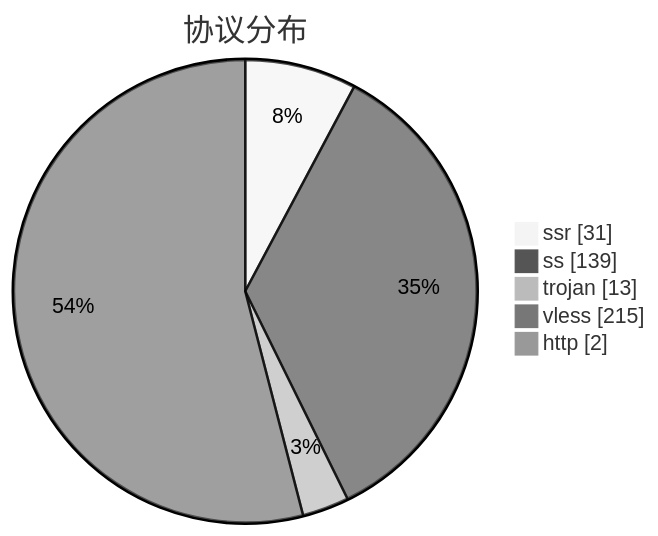
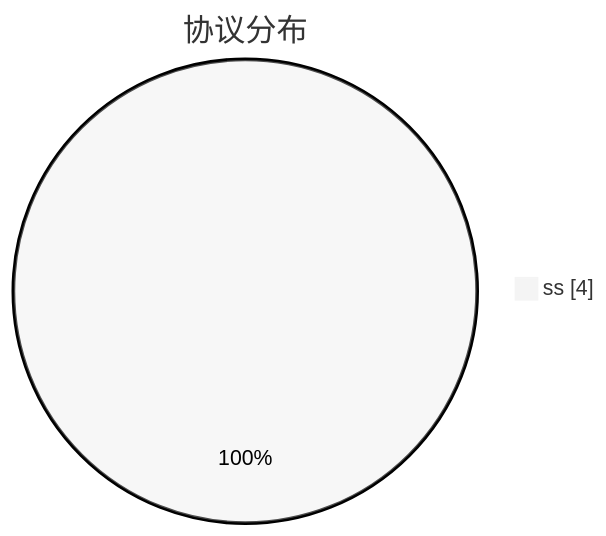
The third of 3 diagrams in subs/statistics/tested_within.md (qjlxg/airport), drawn with Mermaid (neutral theme) before and after one commit. The commit also changed other lines of this file and 2 other files, not shown here.

````diff
--- a/subs/statistics/tested_within.md
+++ b/subs/statistics/tested_within.md
@@ -20,9 +13,5 @@
 ```mermaid
 pie showData
 title 协议分布
-"ssr" : 31
-"ss" : 139
-"trojan" : 13
-"vless" : 215
-"http" : 2
+"ss" : 4
 ```
````
